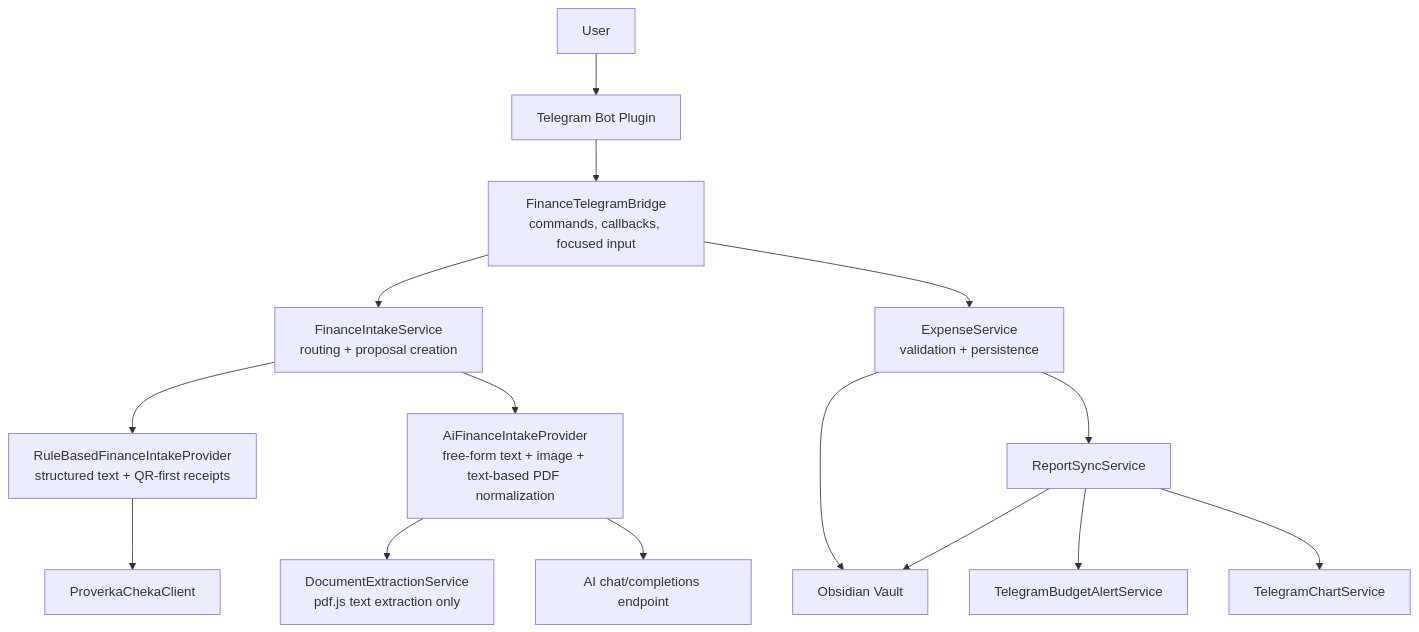
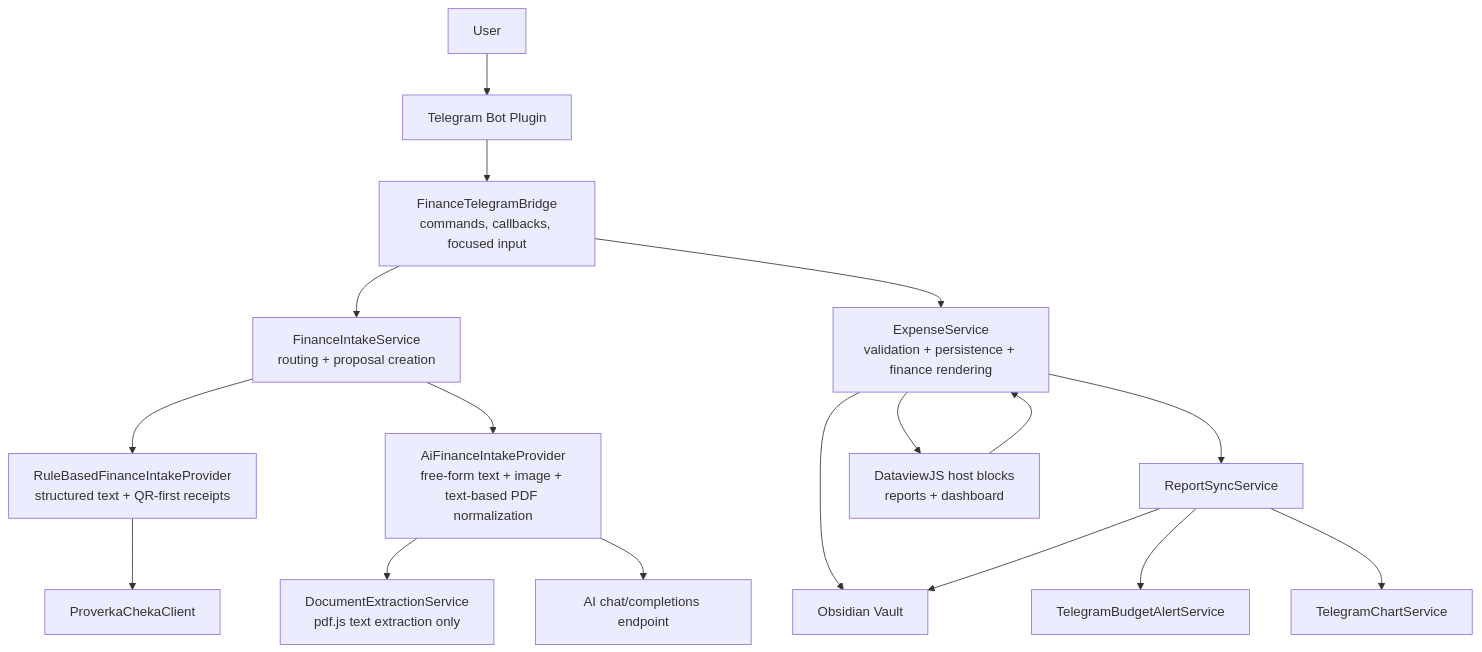
The first of 6 diagrams in docs/service-architecture.md (Xoanis/obsidian-expense-manager), drawn with Mermaid before and after one commit. The commit also changed other lines of this file and 1 other file, not shown here.

````diff
--- a/docs/service-architecture.md
+++ b/docs/service-architecture.md
@@ -11,17 +11,19 @@
 ```mermaid
 flowchart TD
     U["User"] --> TG["Telegram Bot Plugin"]
 TG --> BR["FinanceTelegramBridge<br/>commands, callbacks, focused input"]
     BR --> FI["FinanceIntakeService<br/>routing + proposal creation"]
     FI --> RP["RuleBasedFinanceIntakeProvider<br/>structured text + QR-first receipts"]
     FI --> AP["AiFinanceIntakeProvider<br/>free-form text + image + text-based PDF normalization"]
     AP --> DX["DocumentExtractionService<br/>pdf.js text extraction only"]
     AP --> AI["AI chat/completions endpoint"]
     RP --> QR["ProverkaChekaClient"]
-    BR --> ES["ExpenseService<br/>validation + persistence"]
+    BR --> ES["ExpenseService<br/>validation + persistence + finance rendering"]
     ES --> VA["Obsidian Vault"]
     ES --> RS["ReportSyncService"]
+    ES --> DV["DataviewJS host blocks<br/>reports + dashboard"]
     RS --> VA
     RS --> TB["TelegramBudgetAlertService"]
     RS --> TC["TelegramChartService"]
+    DV --> ES
 ```
````
